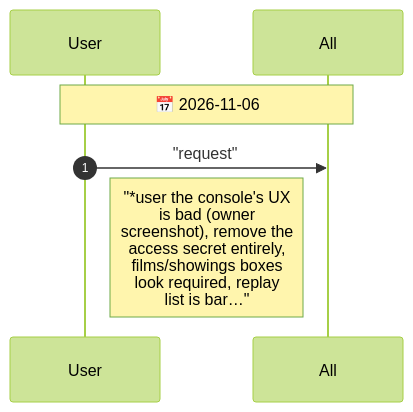
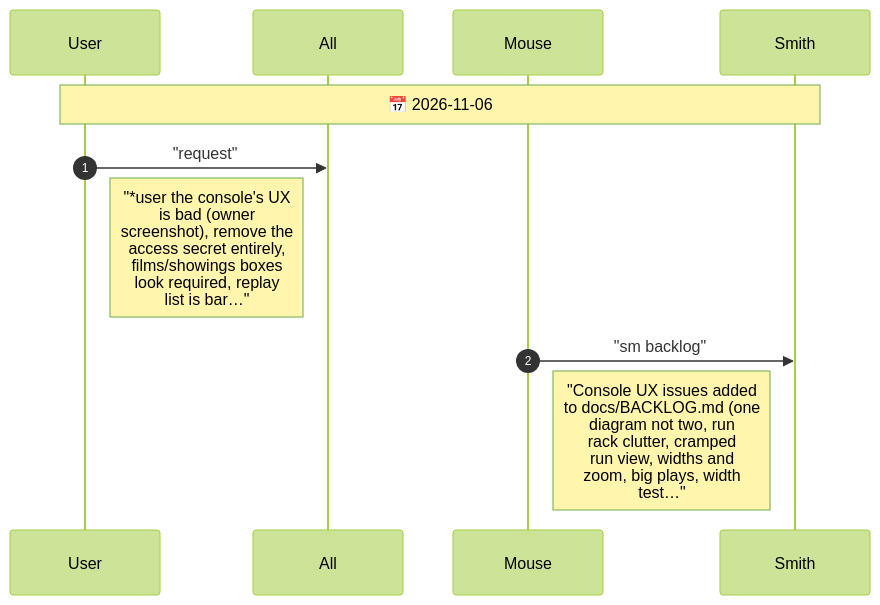
One commit to drusifer/understudy changed diagram 44 of 44 in agents/CHAT.diagram.md. Above: the diagram before and after it, drawn with Mermaid (forest theme). The commit also changed 4 other files, not shown here.

Commit message:
Console: start panel in two columns; UX backlog

````diff
--- a/agents/CHAT.diagram.md
+++ b/agents/CHAT.diagram.md
@@ -1759,10 +1759,14 @@
 ```mermaid
 %%{init: {"sequence": {"messageFontSize": 14, "noteFontSize": 18, "actorFontSize": 14}}}%%
 sequenceDiagram
     autonumber
     participant User
     participant All
-    Note over User,All: 📅 2026-11-06
+    participant Mouse
+    participant Smith
+    Note over User,Smith: 📅 2026-11-06
     User->>All: "request"
     Note right of User: "*user the console's UX<br/>is bad (owner<br/>screenshot), remove the<br/>access secret entirely,<br/>films/showings boxes<br/>look required, replay<br/>list is bar…"
+    Mouse->>Smith: "sm backlog"
+    Note right of Mouse: "Console UX issues added<br/>to docs/BACKLOG.md (one<br/>diagram not two, run<br/>rack clutter, cramped<br/>run view, widths and<br/>zoom, big plays, width<br/>test…"
 ```
````
